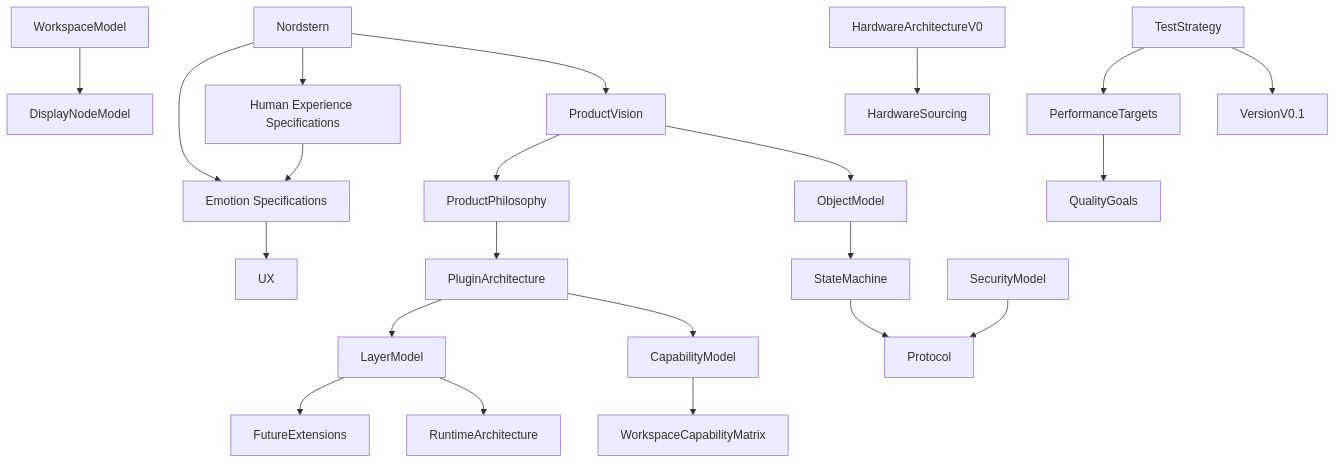
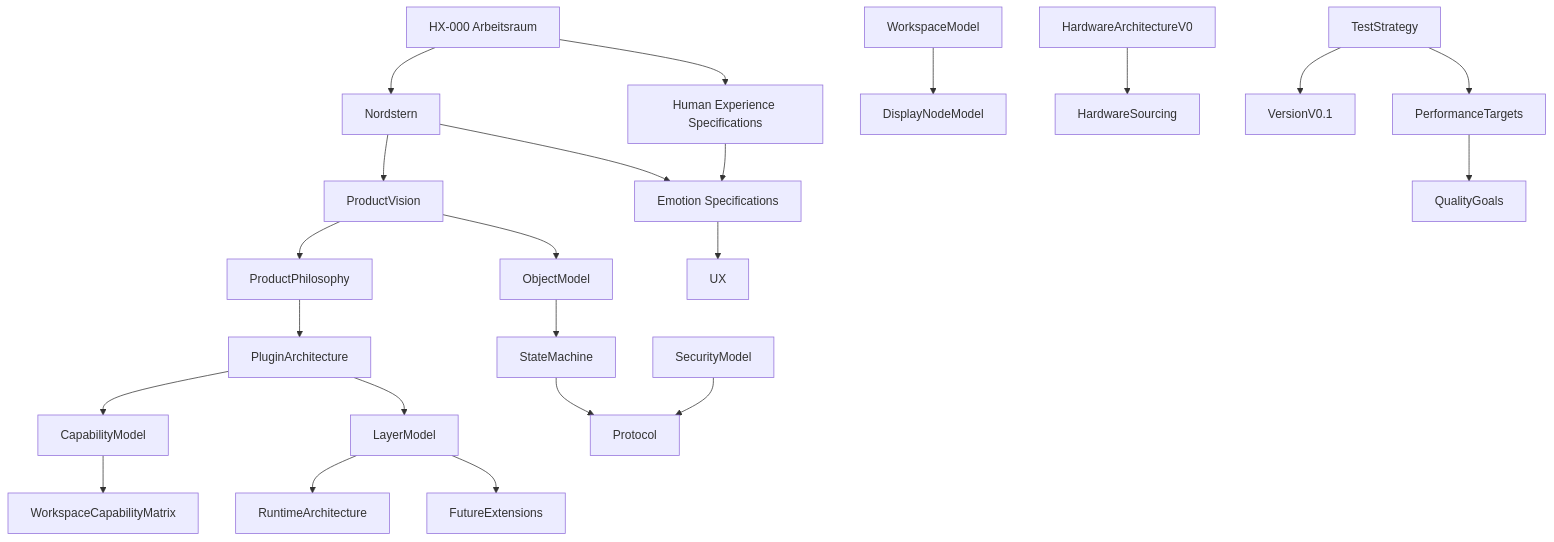
One commit to rk-engineeringAToutlook-de/RKWorkspace changed the diagram in Spec/README.md. Above: the diagram before and after it, drawn with Mermaid. The commit also changed other lines of this file and 12 other files, not shown here.

Commit message:
docs: add human experience specification HX-000

````diff
--- a/Spec/README.md
+++ b/Spec/README.md
@@ -14,24 +14,25 @@
 ```mermaid
 flowchart TB
-    NorthStar["Nordstern"] --> Product["ProductVision"]
-    NorthStar --> HumanExperience["Human Experience Specifications"]
+    HX000["HX-000 Arbeitsraum"] --> NorthStar["Nordstern"]
+    HX000 --> HumanExperience["Human Experience Specifications"]
+    NorthStar --> Product["ProductVision"]
     NorthStar --> Emotion["Emotion Specifications"]
     HumanExperience --> Emotion
     Product["ProductVision"] --> Object["ObjectModel"]
     Product --> Philosophy["ProductPhilosophy"]
     Emotion --> UX["UX"]
     Philosophy --> Plugin["PluginArchitecture"]
     Plugin --> Capability["CapabilityModel"]
     Capability --> Matrix["WorkspaceCapabilityMatrix"]
     Plugin --> Layer["LayerModel"]
     Layer --> Runtime["RuntimeArchitecture"]
     Object --> State["StateMachine"]
     State --> Protocol["Protocol"]
     Security["SecurityModel"] --> Protocol
     Workspace["WorkspaceModel"] --> Nodes["DisplayNodeModel"]
     Hardware["HardwareArchitectureV0"] --> Sourcing["HardwareSourcing"]
     Tests["TestStrategy"] --> V01["VersionV0.1"]
     Layer --> Future["FutureExtensions"]
     Tests --> Performance["PerformanceTargets"]
     Performance --> Quality["QualityGoals"]
 ```
````
